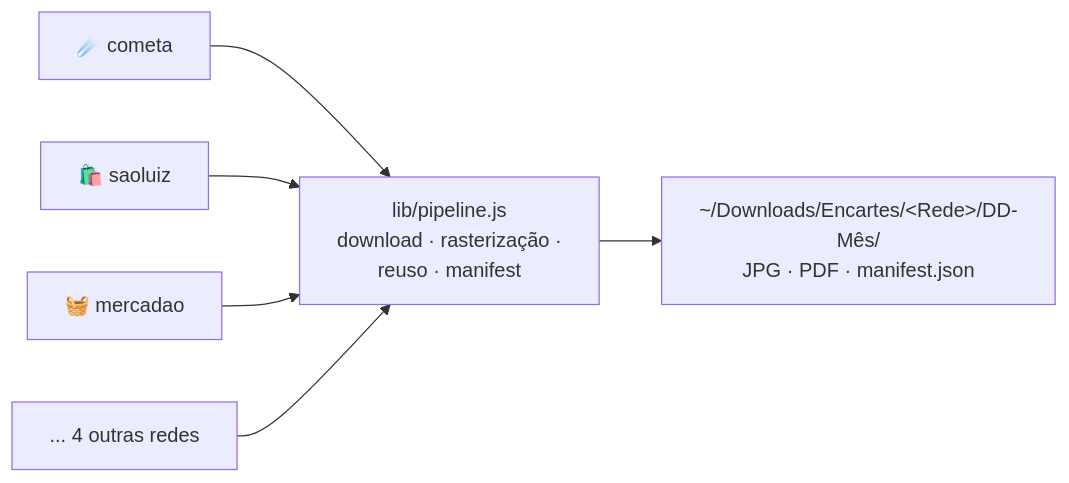
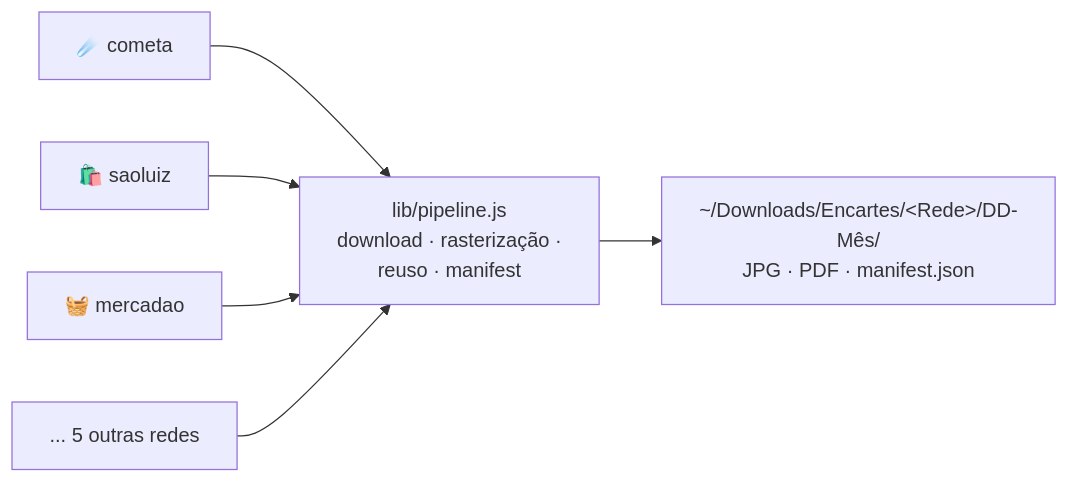
One commit to mouraod/promocoes-supermercados-fortaleza changed the diagram in README.md. Above: the diagram before and after it, drawn with Mermaid. The commit also changed other lines of this file and 9 other files, not shown here.

````diff
--- a/README.md
+++ b/README.md
@@ -90,8 +91,8 @@
 ```mermaid
 flowchart LR
   C["☄️ cometa"] --> P["lib/pipeline.js<br>download · rasterização ·<br>reuso · manifest"]
   S["🛍️ saoluiz"] --> P
   M["🧺 mercadao"] --> P
-  X["... 4 outras redes"] --> P
+  X["... 5 outras redes"] --> P
   P --> O["~/Downloads/Encartes/&lt;Rede&gt;/DD-Mês/<br>JPG · PDF · manifest.json"]
 ```
````
